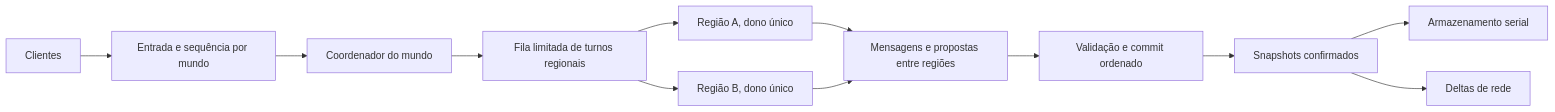
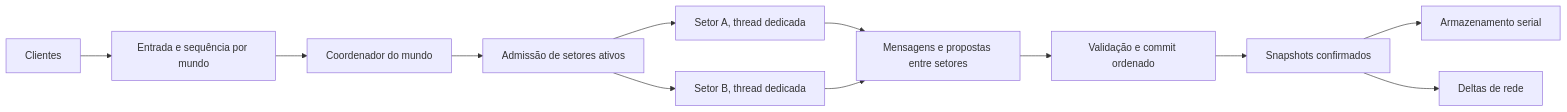
The first of 2 diagrams in doc/world-region-rework-advanced-concept.md (Modding-VK/OpenStarbound), drawn with Mermaid before and after one commit. The commit also changed other lines of this file, not shown here.

Commit message:
Define dedicated thread ownership per admitted sector

````diff
--- a/doc/world-region-rework-advanced-concept.md
+++ b/doc/world-region-rework-advanced-concept.md
@@ -92,14 +131,14 @@
 ```mermaid
 flowchart LR
   C[Clientes] --> I[Entrada e sequência por mundo]
   I --> W[Coordenador do mundo]
-  W --> Q[Fila limitada de turnos regionais]
-  Q --> R1[Região A, dono único]
-  Q --> R2[Região B, dono único]
-  R1 --> X[Mensagens e propostas entre regiões]
+  W --> Q[Admissão de setores ativos]
+  Q --> R1[Setor A, thread dedicada]
+  Q --> R2[Setor B, thread dedicada]
+  R1 --> X[Mensagens e propostas entre setores]
   R2 --> X
   X --> K[Validação e commit ordenado]
   K --> S[Snapshots confirmados]
   S --> D[Armazenamento serial]
   S --> O[Deltas de rede]
 ```
````
